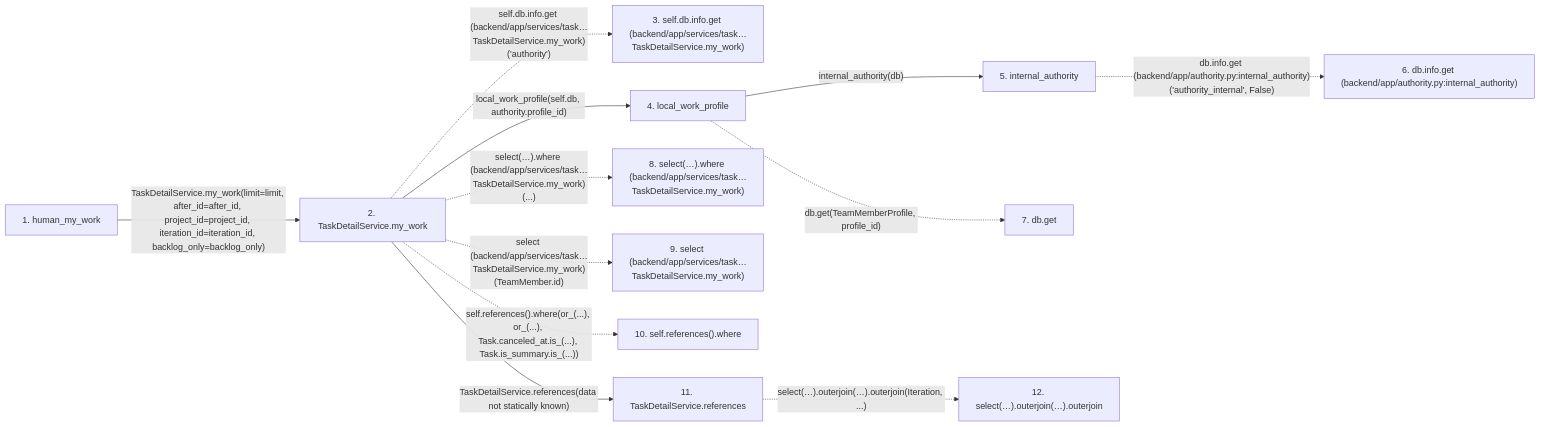
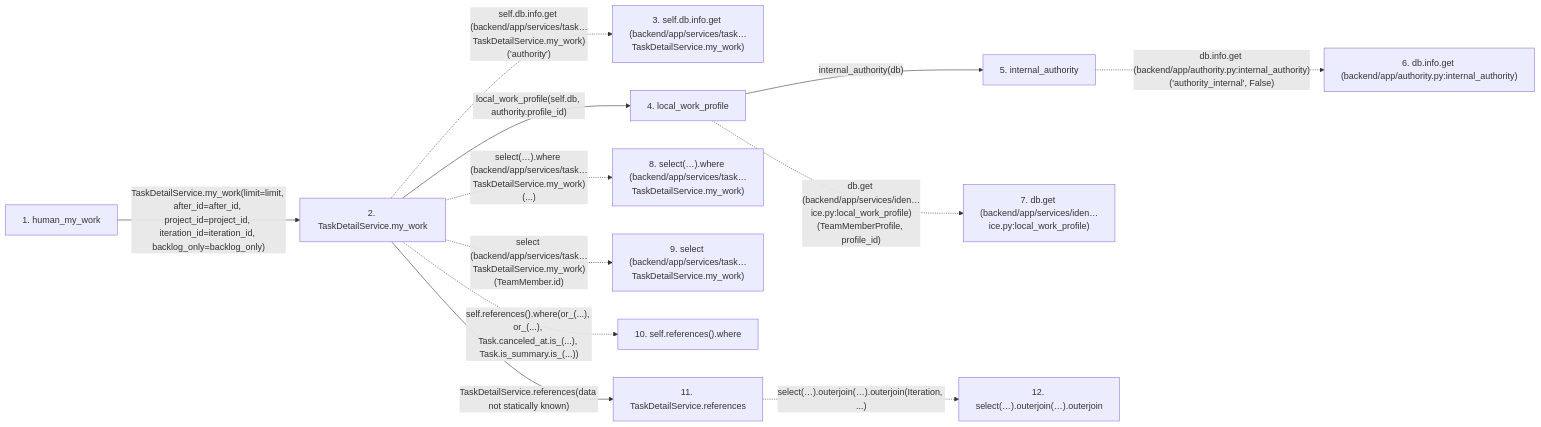
One commit to Denissvgn/WorkChord changed the second of 2 diagrams in docs/llm_wiki/flows/http-human_my_work.md. Above: the diagram before and after it, drawn with Mermaid. The commit also changed other lines of this file and 868 other files, not shown here.

````diff
--- a/docs/llm_wiki/flows/http-human_my_work.md
+++ b/docs/llm_wiki/flows/http-human_my_work.md
@@ -153,31 +158,31 @@
 ```mermaid
 flowchart LR
     s1["1. human_my_work"]
     s2["2. TaskDetailService.my_work"]
     s3["3. self.db.info.get (backend/app/services/task…TaskDetailService.my_work)"]
     s4["4. local_work_profile"]
     s5["5. internal_authority"]
     s6["6. db.info.get (backend/app/authority.py:internal_authority)"]
-    s7["7. db.get"]
+    s7["7. db.get (backend/app/services/iden…ice.py:local_work_profile)"]
     s8["8. select(…).where (backend/app/services/task…TaskDetailService.my_work)"]
     s9["9. select (backend/app/services/task…TaskDetailService.my_work)"]
     s10["10. self.references().where"]
     s11["11. TaskDetailService.references"]
     s12["12. select(…).outerjoin(…).outerjoin"]
     s1 -->|"TaskDetailService.my_work(limit=limit, after_id=after_id, project_id=project_id, iteration_id=iteration_id, backlog_only=backlog_only)"| s2
     s2 -. "self.db.info.get (backend/app/services/task…TaskDetailService.my_work)('authority')" .-> s3
     s2 -->|"local_work_profile(self.db, authority.profile_id)"| s4
     s4 -->|"internal_authority(db)"| s5
     s5 -. "db.info.get (backend/app/authority.py:internal_authority)('authority_internal', False)" .-> s6
-    s4 -. "db.get(TeamMemberProfile, profile_id)" .-> s7
+    s4 -. "db.get (backend/app/services/iden…ice.py:local_work_profile)(TeamMemberProfile, profile_id)" .-> s7
     s2 -. "select(…).where (backend/app/services/task…TaskDetailService.my_work)(...)" .-> s8
     s2 -. "select (backend/app/services/task…TaskDetailService.my_work)(TeamMember.id)" .-> s9
     s2 -. "self.references().where(or_(...), or_(...), Task.canceled_at.is_(...), Task.is_summary.is_(...))" .-> s10
     s2 -->|"TaskDetailService.references(data not statically known)"| s11
     s11 -. "select(…).outerjoin(…).outerjoin(Iteration, ...)" .-> s12
     click s1 "../modules/routers_task_domain.md"
     click s2 "../modules/task_detail_service.md"
     click s4 "../modules/identity_service.md"
     click s5 "../modules/authority.md"
     click s11 "../modules/task_detail_service.md"
 ```
````
